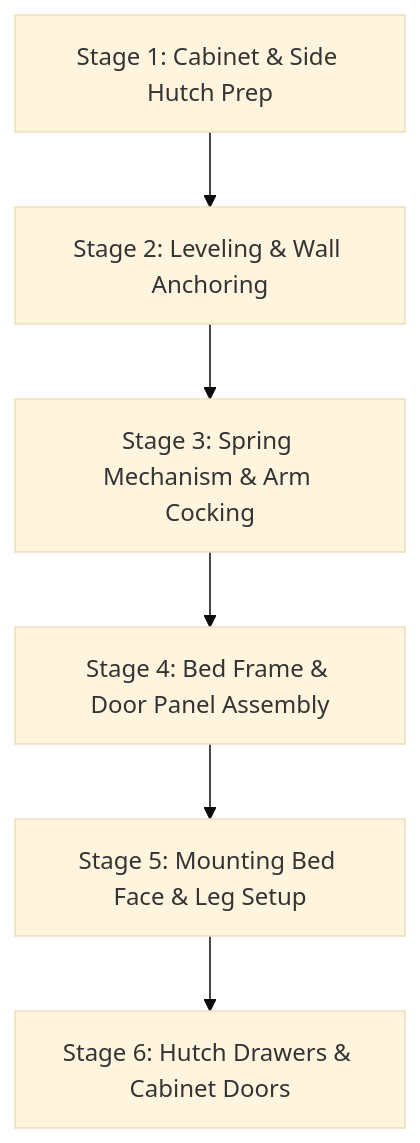
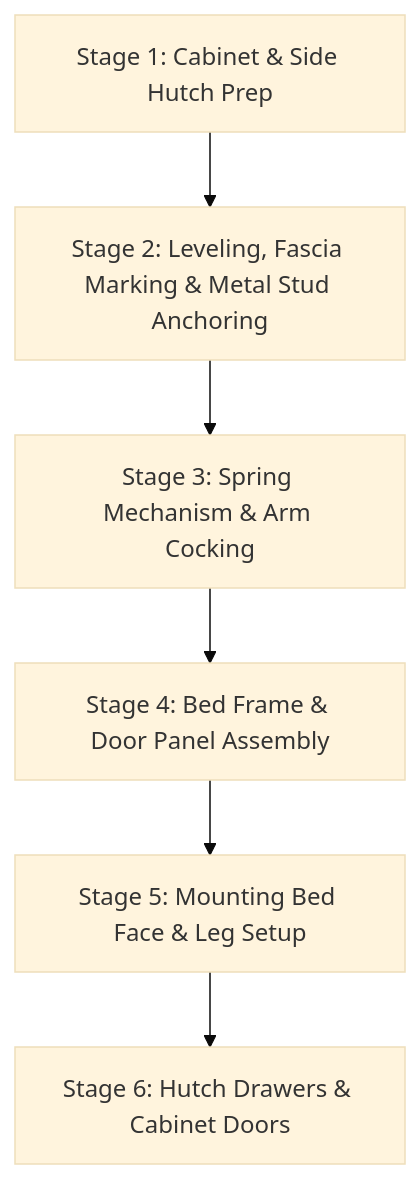
One commit to cjledbetter/breda-bed-assembly changed the diagram in BredaBedsAssembly-Manual.md. Above: the diagram before and after it, drawn with Mermaid (base theme). The commit also changed other lines of this file and 6 other files, not shown here.

Commit message:
Add metal stud guide link, SnapToggle 3in bolt specs, and lipstick fascia transfer technique

````diff
--- a/BredaBedsAssembly-Manual.md
+++ b/BredaBedsAssembly-Manual.md
@@ -140,8 +145,8 @@
 ```mermaid
 graph TD
-    A[Stage 1: Cabinet & Side Hutch Prep] --> B[Stage 2: Leveling & Wall Anchoring]
+    A[Stage 1: Cabinet & Side Hutch Prep] --> B[Stage 2: Leveling, Fascia Marking & Metal Stud Anchoring]
     B --> C[Stage 3: Spring Mechanism & Arm Cocking]
     C --> D[Stage 4: Bed Frame & Door Panel Assembly]
     D --> E[Stage 5: Mounting Bed Face & Leg Setup]
     E --> F[Stage 6: Hutch Drawers & Cabinet Doors]
 ```
````
